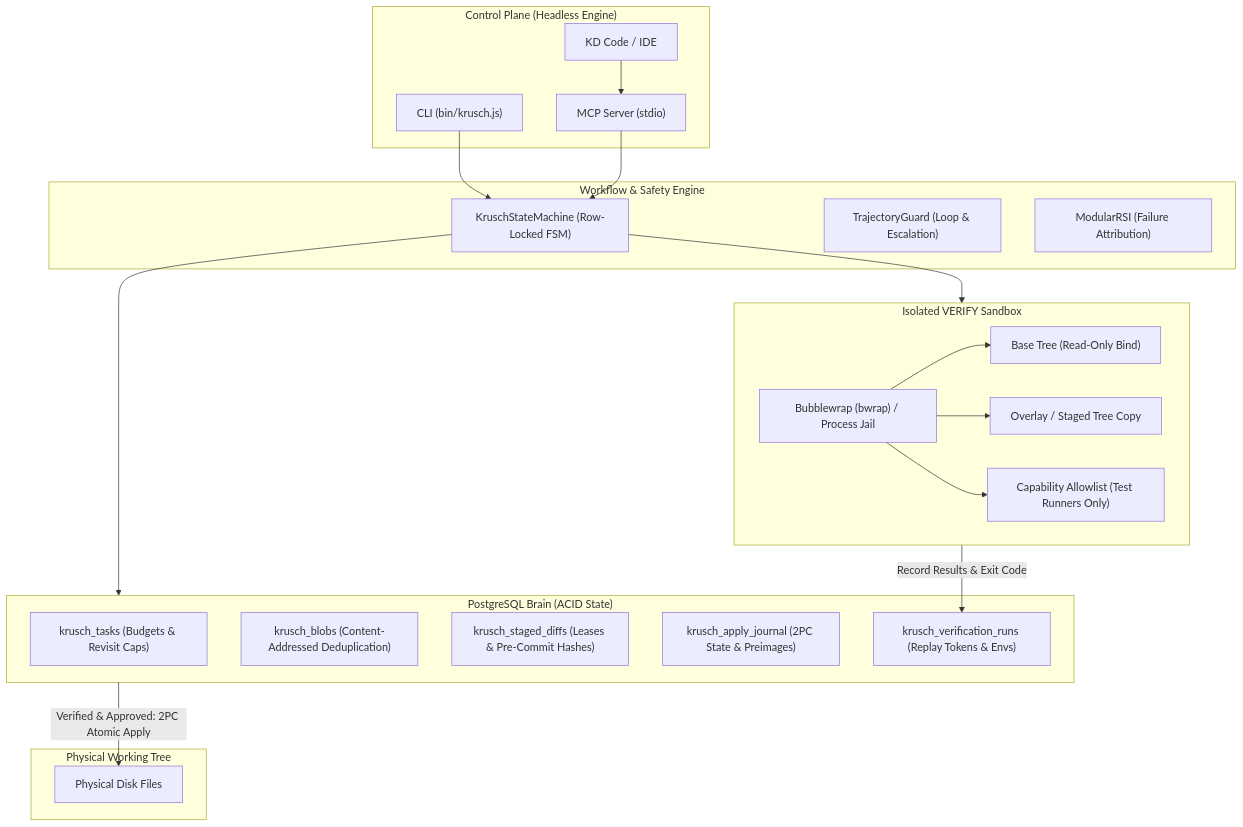
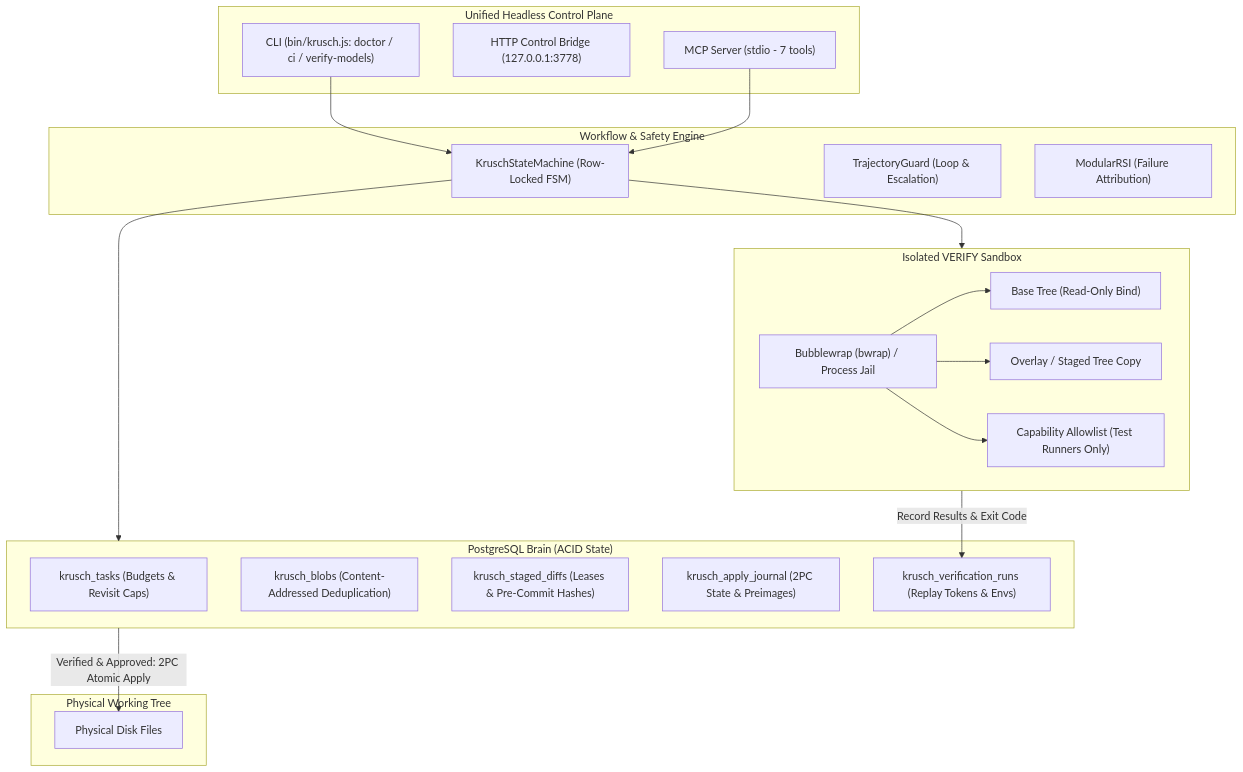
One commit to kruschdev/krusch changed the diagram in README.md. Above: the diagram before and after it, drawn with Mermaid. The commit also changed other lines of this file and 11 other files, not shown here.

Commit message:
feat(control-plane): consolidate headless control plane, :3778 bridge, doctor, and MCP annotations into krusch

````diff
--- a/README.md
+++ b/README.md
@@ -48,43 +49,43 @@
 ```mermaid
 flowchart TD
-    subgraph ControlPlane ["Control Plane (Headless Engine)"]
-        CLI["CLI (bin/krusch.js)"]
-        MCP["MCP Server (stdio)"]
-        KDCode["KD Code / IDE"] --> MCP
+    subgraph ControlPlane ["Unified Headless Control Plane"]
+        CLI["CLI (bin/krusch.js: doctor / ci / verify-models)"]
+        Bridge["HTTP Control Bridge (127.0.0.1:3778)"]
+        MCP["MCP Server (stdio - 7 tools)"]
     end
 
     subgraph Workflow ["Workflow & Safety Engine"]
         FSM["KruschStateMachine (Row-Locked FSM)"]
         Guard["TrajectoryGuard (Loop & Escalation)"]
         Classifier["ModularRSI (Failure Attribution)"]
     end
 
     subgraph StorageEngine ["PostgreSQL Brain (ACID State)"]
         Tasks["krusch_tasks (Budgets & Revisit Caps)"]
         Blobs["krusch_blobs (Content-Addressed Deduplication)"]
         Diffs["krusch_staged_diffs (Leases & Pre-Commit Hashes)"]
         Journal["krusch_apply_journal (2PC State & Preimages)"]
         Runs["krusch_verification_runs (Replay Tokens & Envs)"]
     end
 
     subgraph Sandbox ["Isolated VERIFY Sandbox"]
         Bwrap["Bubblewrap (bwrap) / Process Jail"]
         BaseRO["Base Tree (Read-Only Bind)"]
         Overlay["Overlay / Staged Tree Copy"]
         Allowlist["Capability Allowlist (Test Runners Only)"]
         Bwrap --> BaseRO
         Bwrap --> Overlay
         Bwrap --> Allowlist
     end
 
     subgraph Disk ["Physical Working Tree"]
         WorkingTree["Physical Disk Files"]
     end
 
     CLI --> FSM
     MCP --> FSM
     FSM --> StorageEngine
     FSM --> Sandbox
     Sandbox -->|Record Results & Exit Code| Runs
     StorageEngine -->|Verified & Approved: 2PC Atomic Apply| WorkingTree
 ```
````
